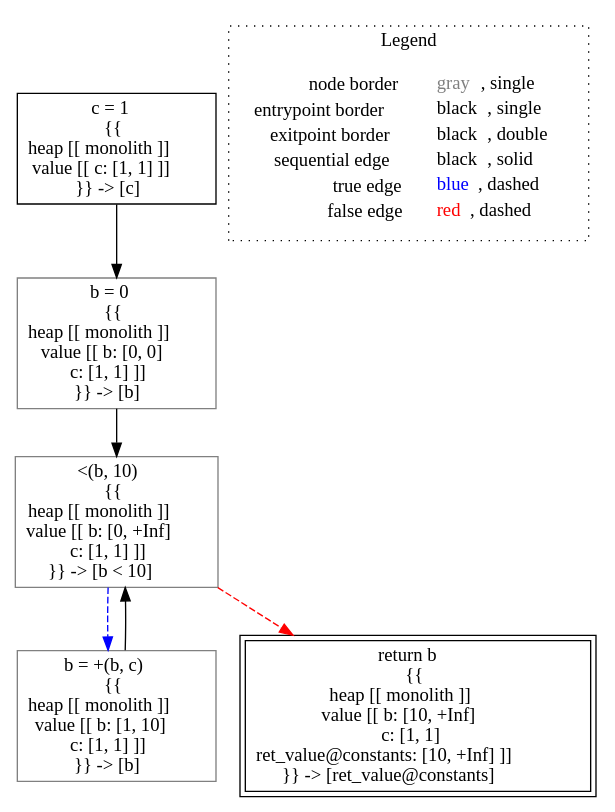
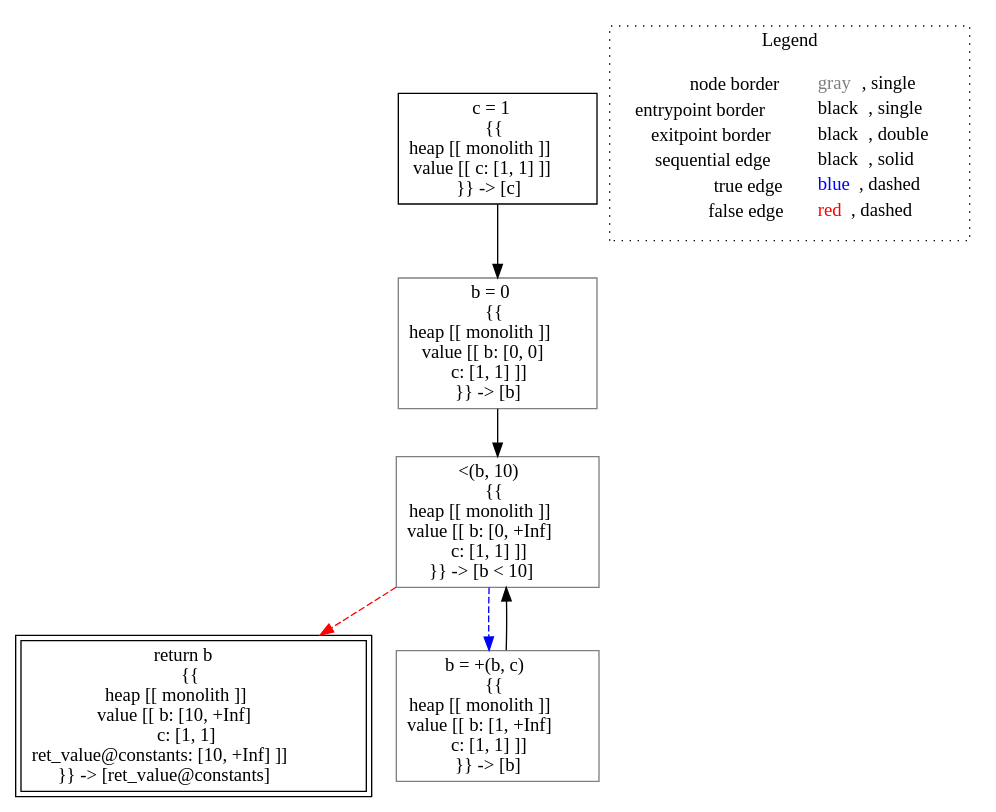
Before and after one commit to lisa-analyzer/lisa: the diagram in lisa/imp-testcases/interval/analysis___untyped_tutorial.constants(tutorial_this).dot, drawn with Graphviz. The commit also changed 17 other files, not shown here.

```diff
--- a/lisa/imp-testcases/interval/analysis___untyped_tutorial.constants(tutorial_this).dot
+++ b/lisa/imp-testcases/interval/analysis___untyped_tutorial.constants(tutorial_this).dot
@@ -1,19 +1,19 @@
 digraph {
 	"node0" [shape="rect",color="black",label=<c = 1<BR/>{{<BR/>heap [[ monolith ]]<BR/>value [[ c: [1, 1] ]]<BR/>}} -&gt; [c]>];
 	"node1" [shape="rect",color="black",peripheries="2",label=<return b<BR/>{{<BR/>heap [[ monolith ]]<BR/>value [[ b: [10, +Inf]<BR/>c: [1, 1]<BR/>ret_value@constants: [10, +Inf] ]]<BR/>}} -&gt; [ret_value@constants]>];
 	"node2" [shape="rect",color="gray",label=<b = 0<BR/>{{<BR/>heap [[ monolith ]]<BR/>value [[ b: [0, 0]<BR/>c: [1, 1] ]]<BR/>}} -&gt; [b]>];
-	"node3" [shape="rect",color="gray",label=<b = +(b, c)<BR/>{{<BR/>heap [[ monolith ]]<BR/>value [[ b: [1, 10]<BR/>c: [1, 1] ]]<BR/>}} -&gt; [b]>];
-	"node4" [shape="rect",color="gray",label=<&lt;(b, 10)<BR/>{{<BR/>heap [[ monolith ]]<BR/>value [[ b: [0, +Inf]<BR/>c: [1, 1] ]]<BR/>}} -&gt; [b &lt; 10]>];
-	"node2" -> "node4" [color="black"];
-	"node3" -> "node4" [color="black"];
+	"node3" [shape="rect",color="gray",label=<&lt;(b, 10)<BR/>{{<BR/>heap [[ monolith ]]<BR/>value [[ b: [0, +Inf]<BR/>c: [1, 1] ]]<BR/>}} -&gt; [b &lt; 10]>];
+	"node4" [shape="rect",color="gray",label=<b = +(b, c)<BR/>{{<BR/>heap [[ monolith ]]<BR/>value [[ b: [1, +Inf]<BR/>c: [1, 1] ]]<BR/>}} -&gt; [b]>];
+	"node2" -> "node3" [color="black"];
+	"node3" -> "node1" [color="red",style="dashed"];
+	"node3" -> "node4" [color="blue",style="dashed"];
+	"node4" -> "node3" [color="black"];
 	"node0" -> "node2" [color="black"];
-	"node4" -> "node1" [color="red",style="dashed"];
-	"node4" -> "node3" [color="blue",style="dashed"];
 subgraph cluster_legend {
 	label="Legend";
 	style=dotted;
 	node [shape=plaintext];
 	"legend" [label=<<table border="0" cellpadding="2" cellspacing="0" cellborder="0"><tr><td align="right">node border&nbsp;</td><td align="left"><font color="gray">gray</font>, single</td></tr><tr><td align="right">entrypoint border&nbsp;</td><td align="left"><font color="black">black</font>, single</td></tr><tr><td align="right">exitpoint border&nbsp;</td><td align="left"><font color="black">black</font>, double</td></tr><tr><td align="right">sequential edge&nbsp;</td><td align="left"><font color="black">black</font>, solid</td></tr><tr><td align="right">true edge&nbsp;</td><td align="left"><font color="blue">blue</font>, dashed</td></tr><tr><td align="right">false edge&nbsp;</td><td align="left"><font color="red">red</font>, dashed</td></tr></table>>];
 }
 
 }
```
